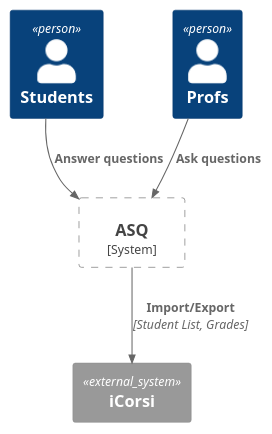
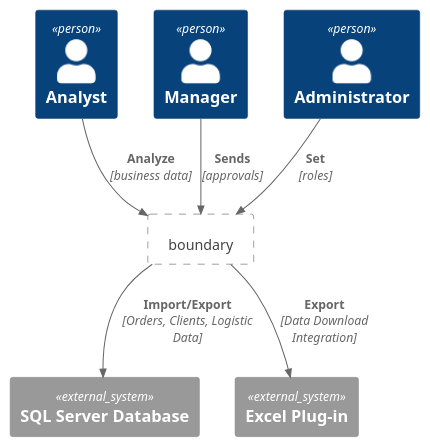
The diagram in src/sa/model/examples/context_fd.puml (USI-MSDE-SA-2022/software-architecture-model-Travad), drawn with PlantUML before and after one commit. The commit also changed 4 other files, not shown here.

Commit message:
First final solution to feature model and context diagram

```diff
--- a/src/sa/model/examples/context_fd.puml
+++ b/src/sa/model/examples/context_fd.puml
@@ -1,18 +1,21 @@
 @startuml
 !include <C4/C4_Container>
 
-Person(user_s, "Students", "")
-Person(user_p, "Profs", "")
+Person(user_a, "Analyst", "")
+Person(user_m, "Manager", "")
+Person(user_ad, "Administrator", "")
 
-System_Boundary(boundary, "ASQ") {
+Rel(user_a, boundary, "Analyze",  "business data")
+Rel(user_m, boundary, "Sends", "approvals")
+Rel(user_ad, boundary, "Set", "roles")
+
+System_Boundary(boundary, "Dashboard") {
 
 }
 
-System_Ext(icorsi, "iCorsi")
-' Systen_Int(icorsi, "iCorsi")
-' Systen_Int(, "iCorsi")
+System_Ext(sql, "SQL Server Database")
+System_Ext(excl, "Excel Plug-in")
 
-Rel(user_s, boundary, "Answer questions")
-Rel(user_p, boundary, "Ask questions")
-Rel(boundary, icorsi, "Import/Export", "Student List, Grades")
+Rel(boundary, sql, "Import/Export", "Orders, Clients, Logistic Data")
+Rel(boundary, excl, "Export", "Data Download Integration")
 @enduml
```
